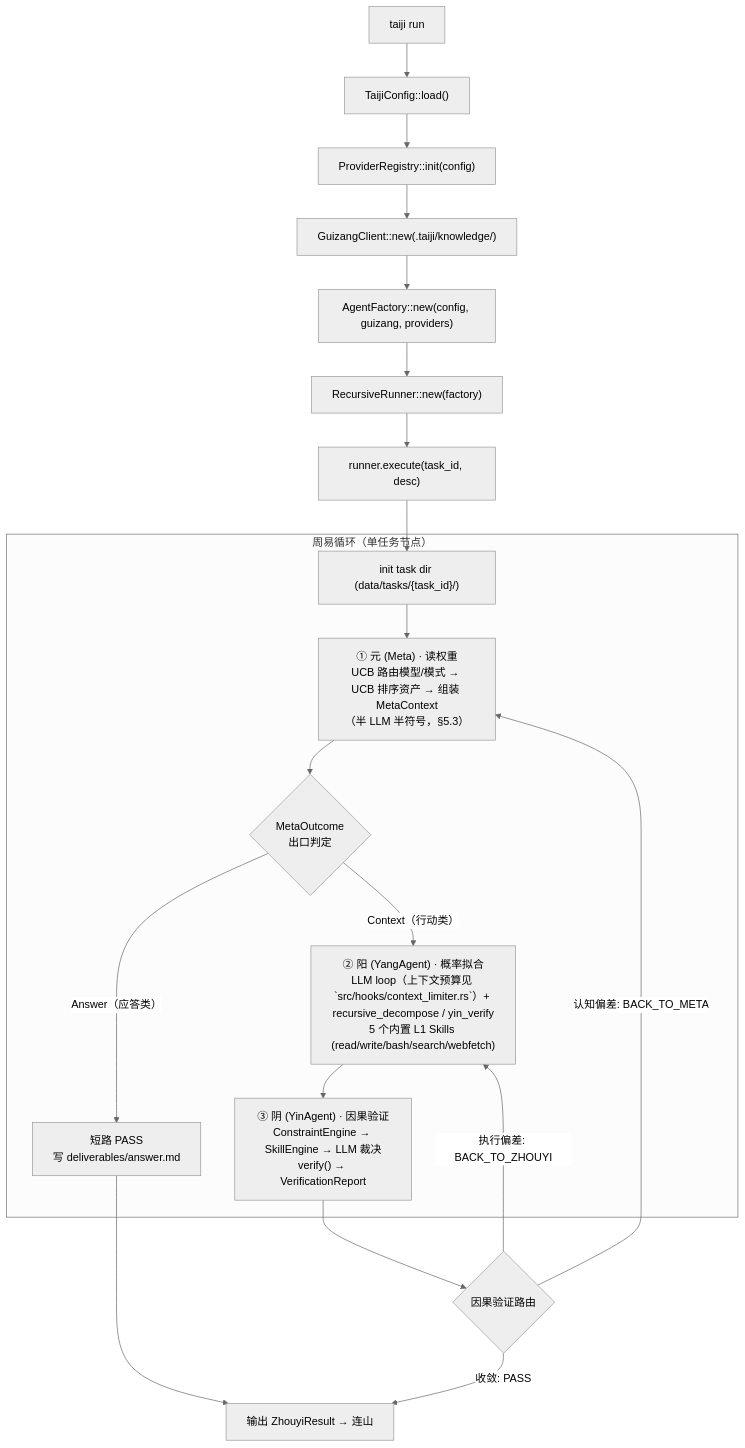
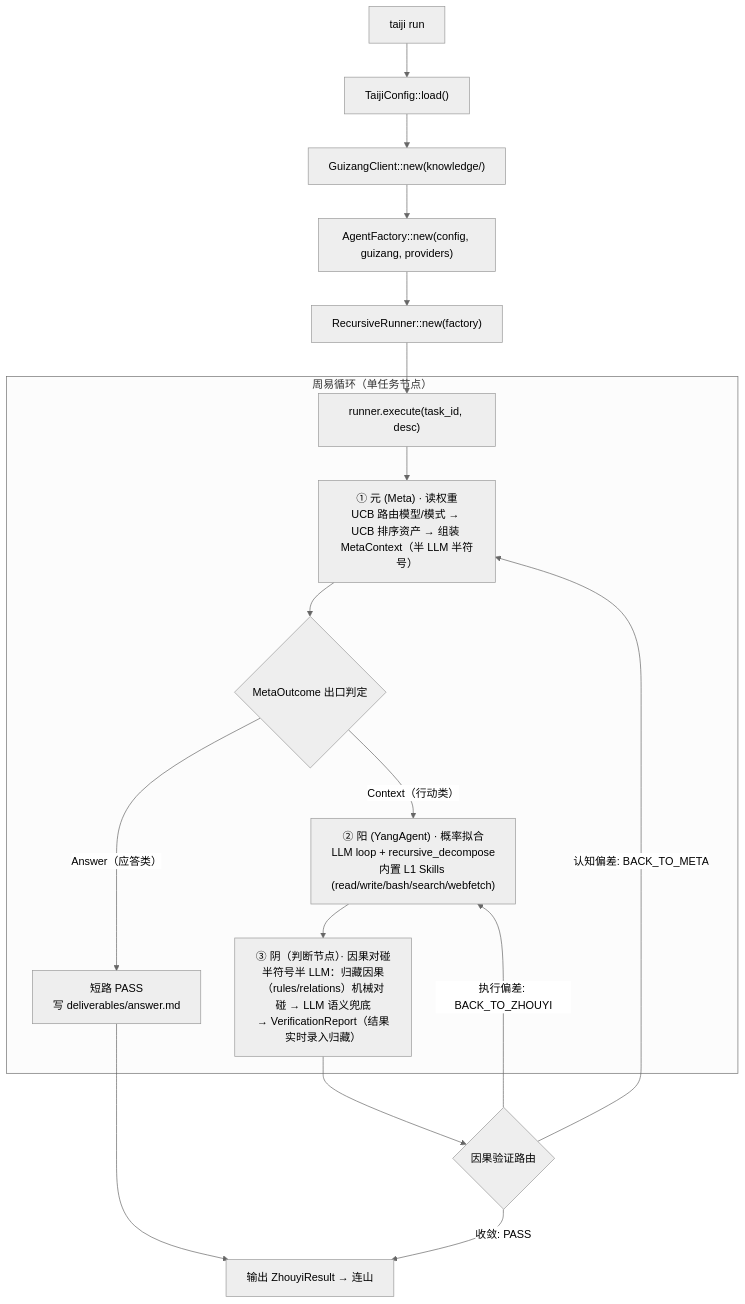
Before and after one commit to wenge6090-tech/taiji: the third of 18 diagrams in Blueprint.md, drawn with Mermaid (neutral theme). The commit also changed other lines of this file and 62 other files, not shown here.

````diff
--- a/Blueprint.md
+++ b/Blueprint.md
@@ -226,24 +171,22 @@
 ```mermaid
 flowchart TD
     USER["taiji run <description>"] --> CONFIG["TaijiConfig::load()"]
-    CONFIG --> PVR["ProviderRegistry::init(config)"]
-    PVR --> GUIZANG["GuizangClient::new(.taiji/knowledge/)"]
+    CONFIG --> GUIZANG["GuizangClient::new(knowledge/)"]
     GUIZANG --> FACTORY["AgentFactory::new(config, guizang, providers)"]
     FACTORY --> RUNNER["RecursiveRunner::new(factory)"]
     RUNNER --> EXECUTE["runner.execute(task_id, desc)"]
-    EXECUTE --> INIT["init task dir (data/tasks/{task_id}/)"]
 
     subgraph "周易循环（单任务节点）"
-        INIT --> META["① 元 (Meta) · 读权重\nUCB 路由模型/模式 → UCB 排序资产 → 组装 MetaContext\n（半 LLM 半符号，§5.3）"]
-        META --> OUT{"MetaOutcome\n出口判定"}
+        EXECUTE --> META["① 元 (Meta) · 读权重\nUCB 路由模型/模式 → UCB 排序资产 → 组装 MetaContext（半 LLM 半符号）"]
+        META --> OUT{"MetaOutcome 出口判定"}
         OUT -->|"Answer（应答类）"| ANS["短路 PASS\n写 deliverables/answer.md"]
-        OUT -->|"Context（行动类）"| FIT["② 阳 (YangAgent) · 概率拟合\nLLM loop（上下文预算见 `src/hooks/context_limiter.rs`）+ recursive_decompose / yin_verify\n5 个内置 L1 Skills (read/write/bash/search/webfetch)"]
-        FIT --> VERIFY["③ 阴 (YinAgent) · 因果验证\nConstraintEngine → SkillEngine → LLM 裁决\nverify() → VerificationReport"]
+        OUT -->|"Context（行动类）"| FIT["② 阳 (YangAgent) · 概率拟合\nLLM loop + recursive_decompose\n内置 L1 Skills (read/write/bash/search/webfetch)"]
+        FIT --> VERIFY["③ 阴（判断节点）· 因果对碰\n半符号半 LLM：归藏因果（rules/relations）机械对碰 → LLM 语义兜底\n→ VerificationReport（结果实时录入归藏）"]
     end
 
     VERIFY --> ROUTE{"因果验证路由"}
     ROUTE -->|"执行偏差: BACK_TO_ZHOUYI"| FIT
     ROUTE -->|"认知偏差: BACK_TO_META"| META
     ROUTE -->|"收敛: PASS"| DONE["输出 ZhouyiResult → 连山"]
     ANS --> DONE
 ```
````
